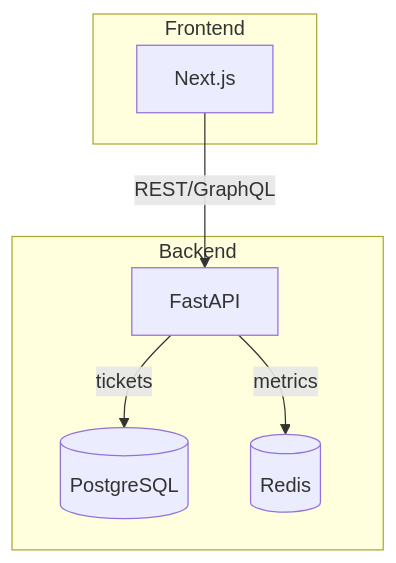
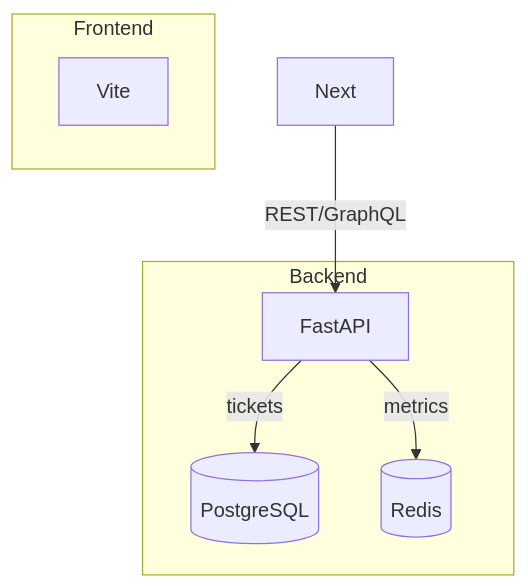
The diagram in docs/onboarding.md (jonathan-nascimento51/glpi_dashboard_cau), drawn with Mermaid before and after one commit. The commit also changed other lines of this file and 7 other files, not shown here.

Commit message:
docs: update references to vite react

````diff
--- a/docs/onboarding.md
+++ b/docs/onboarding.md
@@ -61,14 +61,14 @@
 ```mermaid
 flowchart TB
     subgraph Backend
         API[FastAPI]
         DB[(PostgreSQL)]
         Cache[(Redis)]
     end
     subgraph Frontend
-        Next[Next.js]
+        React[Vite]
     end
     API -- tickets --> DB
     API -- metrics --> Cache
     Next -- REST/GraphQL --> API
 ```
````
